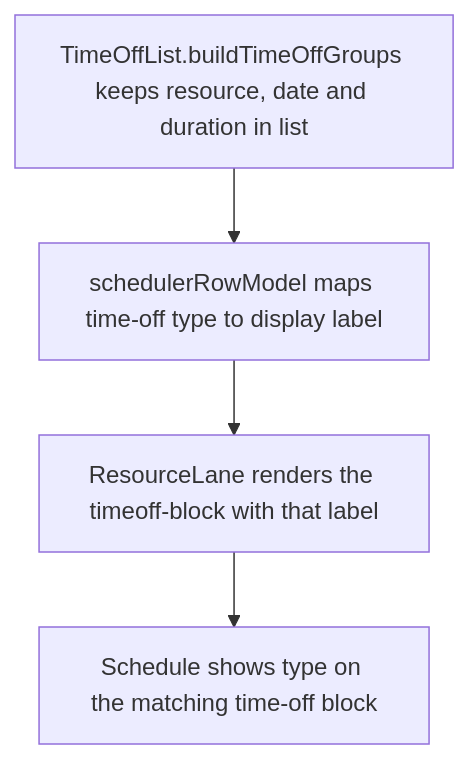
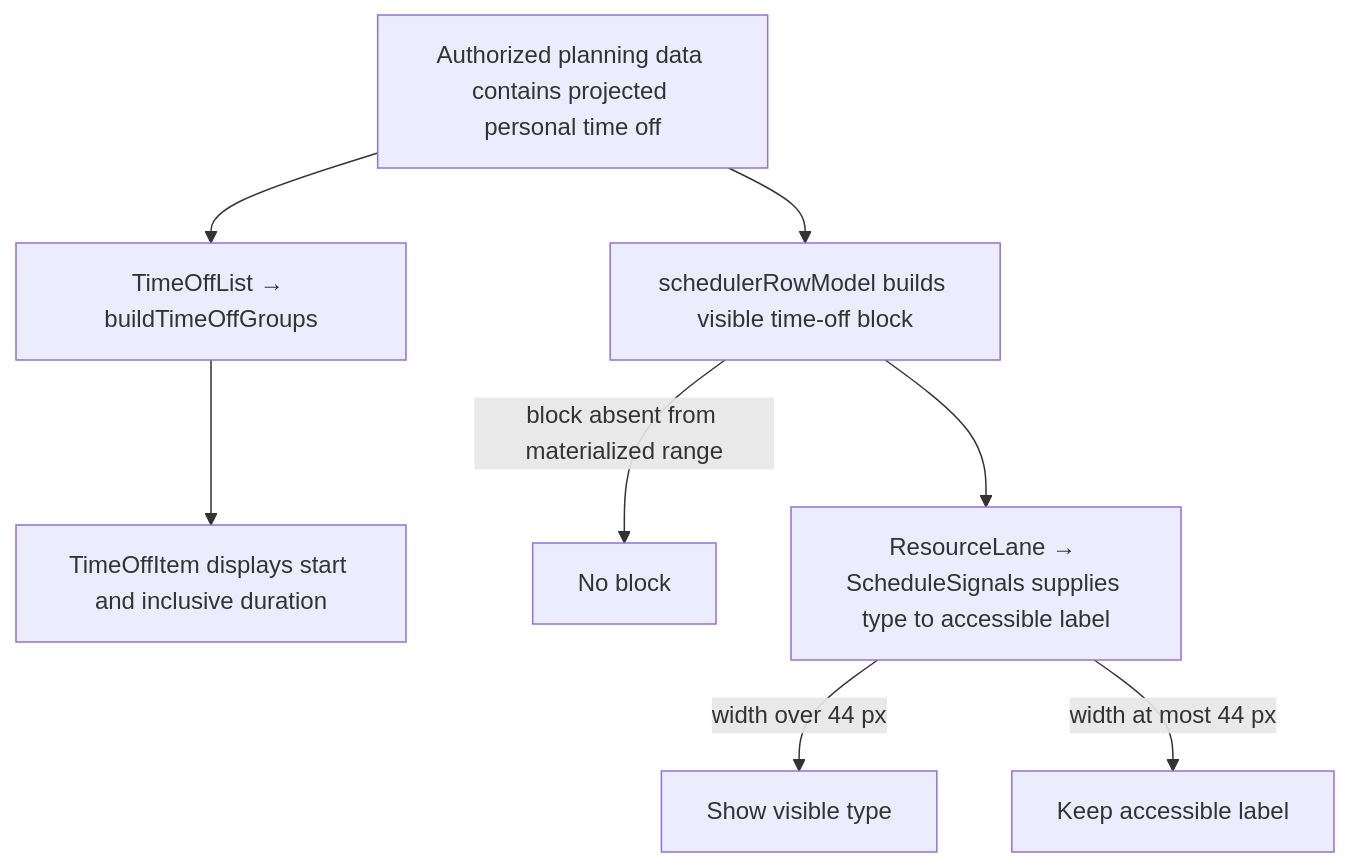
One commit to Kevinjohn/capacitylens changed the second of 2 diagrams in user-stories/time-off/US-TOF-04-type-label.md. Above: the diagram before and after it, drawn with Mermaid. The commit also changed other lines of this file and 172 other files, not shown here.

Commit message:
docs: reconcile user story code flows with source

````diff
--- a/user-stories/time-off/US-TOF-04-type-label.md
+++ b/user-stories/time-off/US-TOF-04-type-label.md
@@ -33,6 +33,10 @@
 ```mermaid
 flowchart TD
-  A["TimeOffList.buildTimeOffGroups keeps resource, date and duration in list"] --> B["schedulerRowModel maps time-off type to display label"]
-  B --> C["ResourceLane renders the timeoff-block with that label"]
-  C --> D["Schedule shows type on the matching time-off block"]
+  Read["Authorized planning data contains projected personal time off"] --> List["TimeOffList → buildTimeOffGroups"]
+  List --> Row["TimeOffItem displays start and inclusive duration"]
+  Read --> Model["schedulerRowModel builds visible time-off block"]
+  Model -->|block absent from materialized range| Hidden["No block"]
+  Model --> Render["ResourceLane → ScheduleSignals supplies type to accessible label"]
+  Render -->|width over 44 px| Label["Show visible type"]
+  Render -->|width at most 44 px| Compact["Keep accessible label"]
 ```
````
